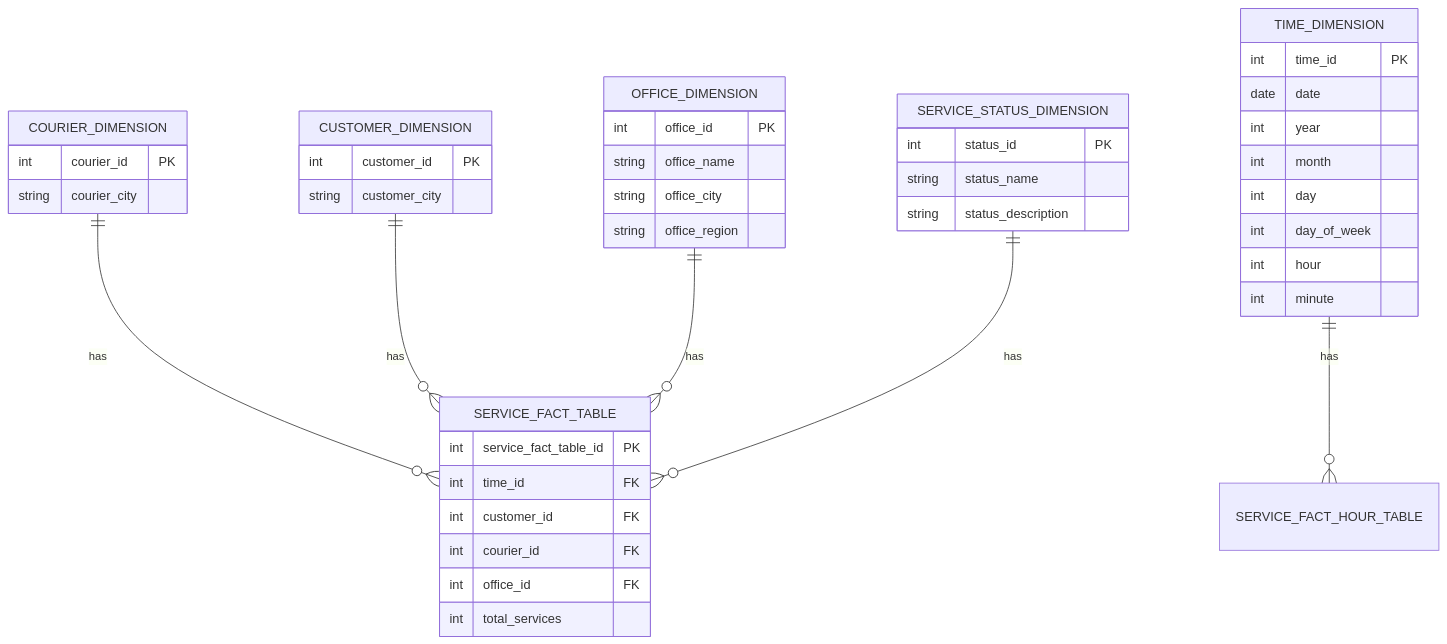
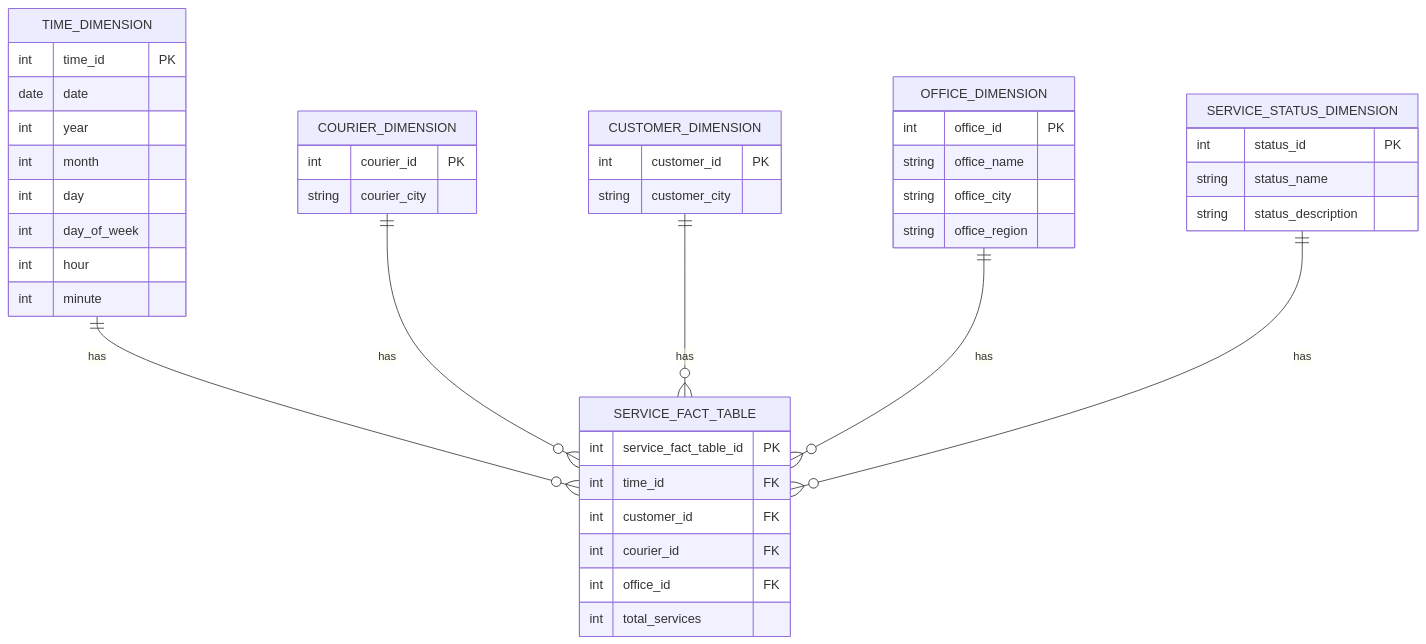
One commit to LONG-TERM-EFFECTS-OF-SUFFERING/Rapidos_y_Furiosos_data_warehouse changed the eighth of 9 diagrams in dimensions_and_data_marts.md. Above: the diagram before and after it, drawn with Mermaid.

Commit message:
update the service data amrt in the markdown file

````diff
--- a/dimensions_and_data_marts.md
+++ b/dimensions_and_data_marts.md
@@ -122,51 +122,51 @@
 ```MERMAID
 erDiagram
     COURIER_DIMENSION {
         int courier_id PK
         string courier_city
     }
 
     CUSTOMER_DIMENSION {
         int customer_id PK
         string customer_city
     }
 
     OFFICE_DIMENSION {
         int office_id PK
         string office_name
         string office_city
         string office_region
     }
 
     SERVICE_STATUS_DIMENSION {
         int status_id PK
         string status_name
         string status_description
     }
 
     TIME_DIMENSION {
         int time_id PK
         date date
         int year
         int month
         int day
         int day_of_week
         int hour
         int minute
     }
 
     SERVICE_FACT_TABLE {
         int service_fact_table_id PK
         int time_id FK
         int customer_id FK
         int courier_id FK
         int office_id FK
         int total_services
     }
 
-    TIME_DIMENSION ||--o{ SERVICE_FACT_HOUR_TABLE : "has"
+    TIME_DIMENSION ||--o{ SERVICE_FACT_TABLE : "has"
     COURIER_DIMENSION ||--o{ SERVICE_FACT_TABLE : "has"
     CUSTOMER_DIMENSION ||--o{ SERVICE_FACT_TABLE : "has"
     OFFICE_DIMENSION ||--o{ SERVICE_FACT_TABLE : "has"
     SERVICE_STATUS_DIMENSION ||--o{ SERVICE_FACT_TABLE : "has"
 ```
````
